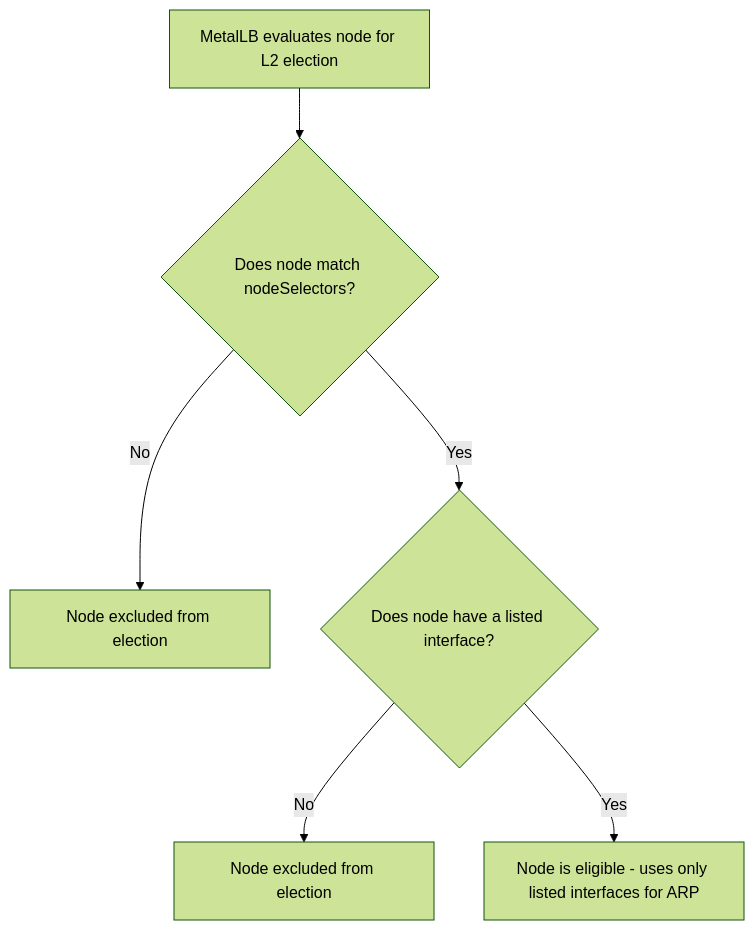
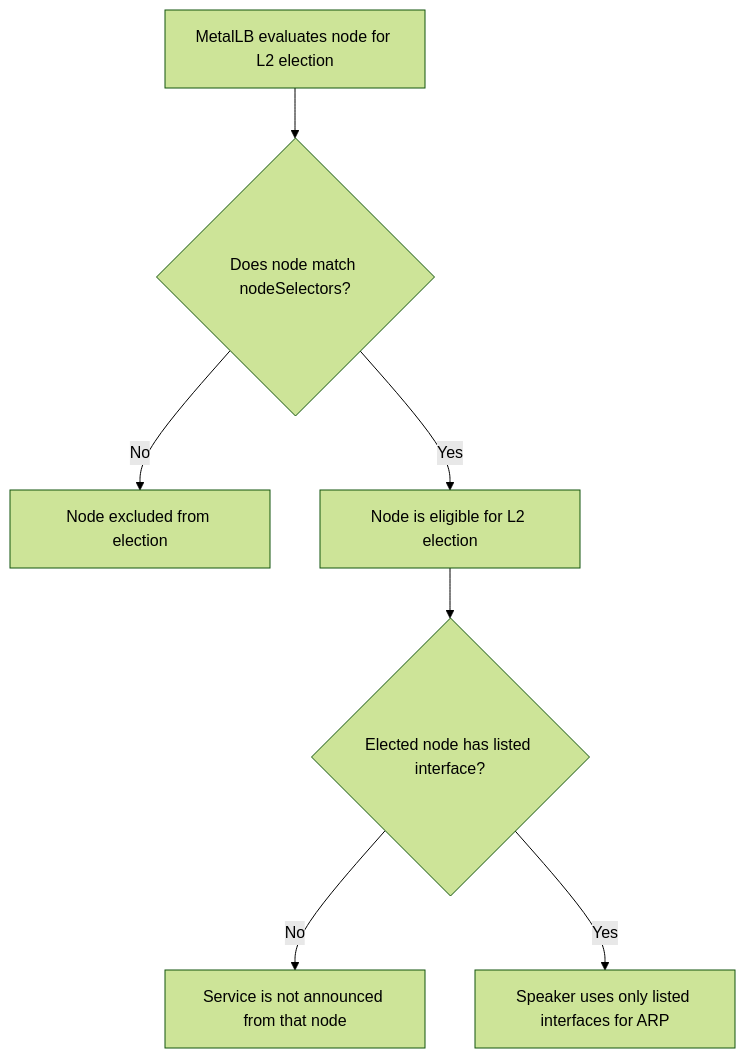
One commit to OneUptime/blog changed the first of 2 diagrams in posts/2026-02-20-metallb-l2-combined-selectors/README.md. Above: the diagram before and after it, drawn with Mermaid (forest theme). The commit also changed other lines of this file and 2 other files, not shown here.

````diff
--- a/posts/2026-02-20-metallb-l2-combined-selectors/README.md
+++ b/posts/2026-02-20-metallb-l2-combined-selectors/README.md
@@ -26,8 +28,9 @@
 ```mermaid
 flowchart TD
     A[MetalLB evaluates node for L2 election] --> B{Does node match nodeSelectors?}
     B -->|No| C[Node excluded from election]
-    B -->|Yes| D{Does node have a listed interface?}
-    D -->|No| E[Node excluded from election]
-    D -->|Yes| F[Node is eligible - uses only listed interfaces for ARP]
+    B -->|Yes| D[Node is eligible for L2 election]
+    D --> E{Elected node has listed interface?}
+    E -->|No| F[Service is not announced from that node]
+    E -->|Yes| G[Speaker uses only listed interfaces for ARP]
 ```
````
